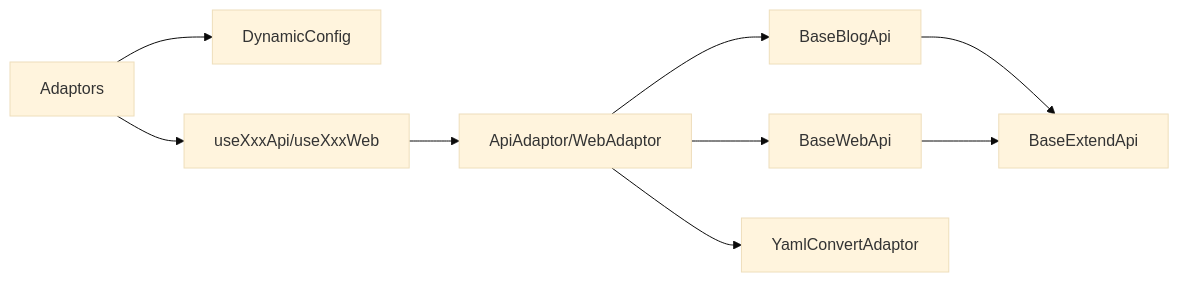
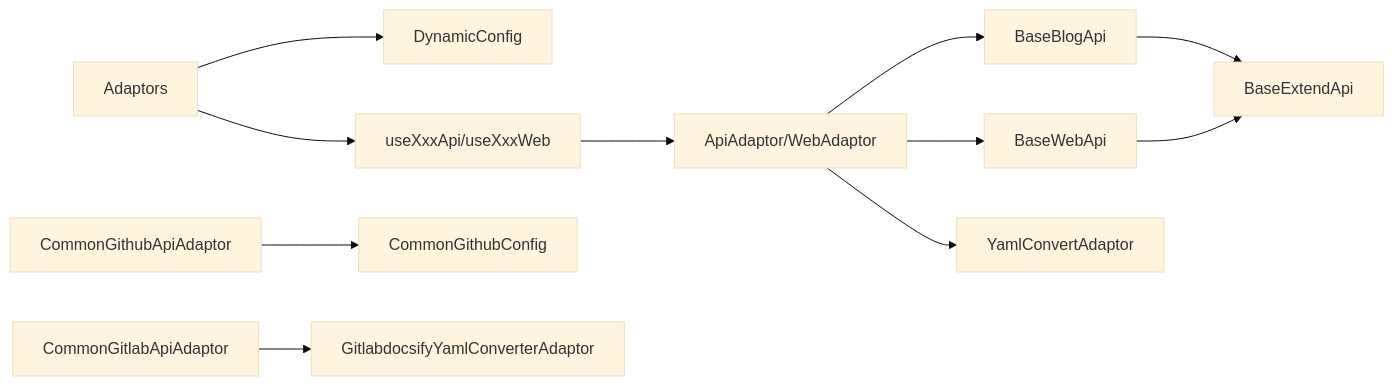
The seventh of 7 diagrams in .qoder/repowiki/zh/content/平台适配器系统/平台适配器系统.md (terwer/siyuan-plugin-publisher), drawn with Mermaid (base theme) before and after one commit. The commit also changed other lines of this file and 9 other files, not shown here.

````diff
--- a/.qoder/repowiki/zh/content/平台适配器系统/平台适配器系统.md
+++ b/.qoder/repowiki/zh/content/平台适配器系统/平台适配器系统.md
@@ -264,11 +275,13 @@
 ```mermaid
 graph LR
 Adaptors["Adaptors"] --> Dynamic["DynamicConfig"]
 Adaptors --> UseApi["useXxxApi/useXxxWeb"]
 UseApi --> ApiAdaptor["ApiAdaptor/WebAdaptor"]
 ApiAdaptor --> BaseBlog["BaseBlogApi"]
 ApiAdaptor --> BaseWeb["BaseWebApi"]
 BaseBlog --> BaseExtend["BaseExtendApi"]
 BaseWeb --> BaseExtend
 ApiAdaptor --> Yaml["YamlConvertAdaptor"]
+CommonGithubApiAdaptor --> CommonGithubConfig["CommonGithubConfig"]
+CommonGitlabApiAdaptor --> GitlabdocsifyYamlConverterAdaptor
 ```
````
